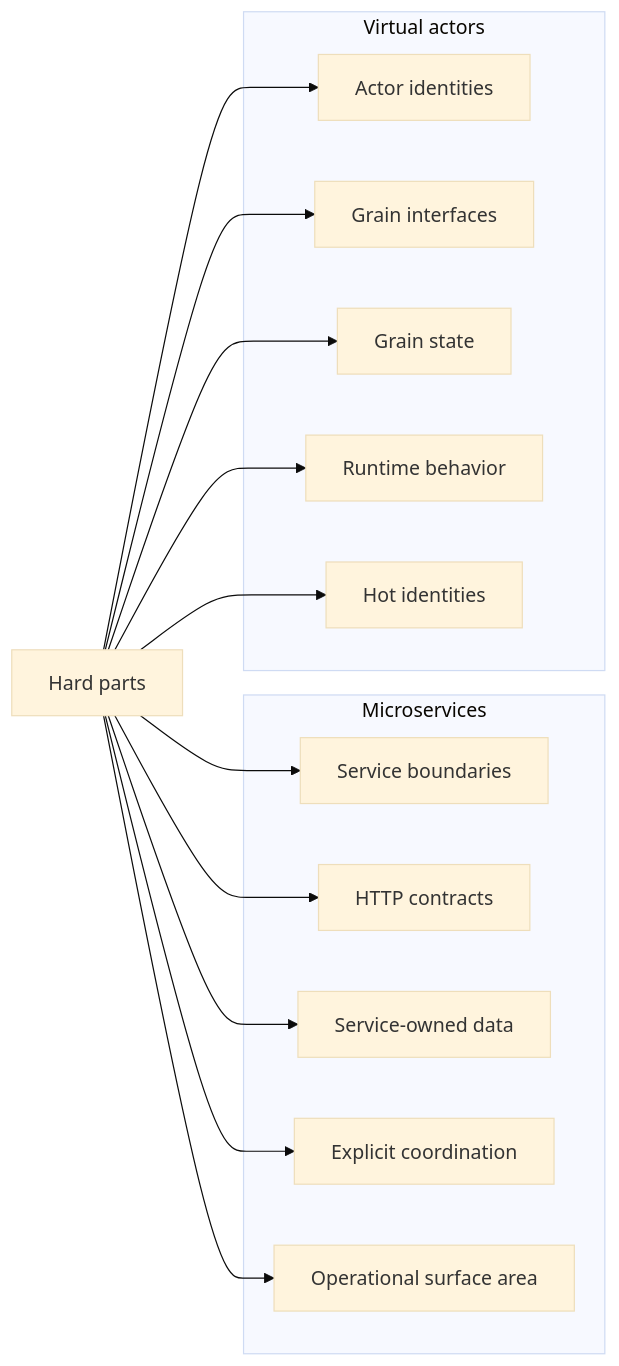
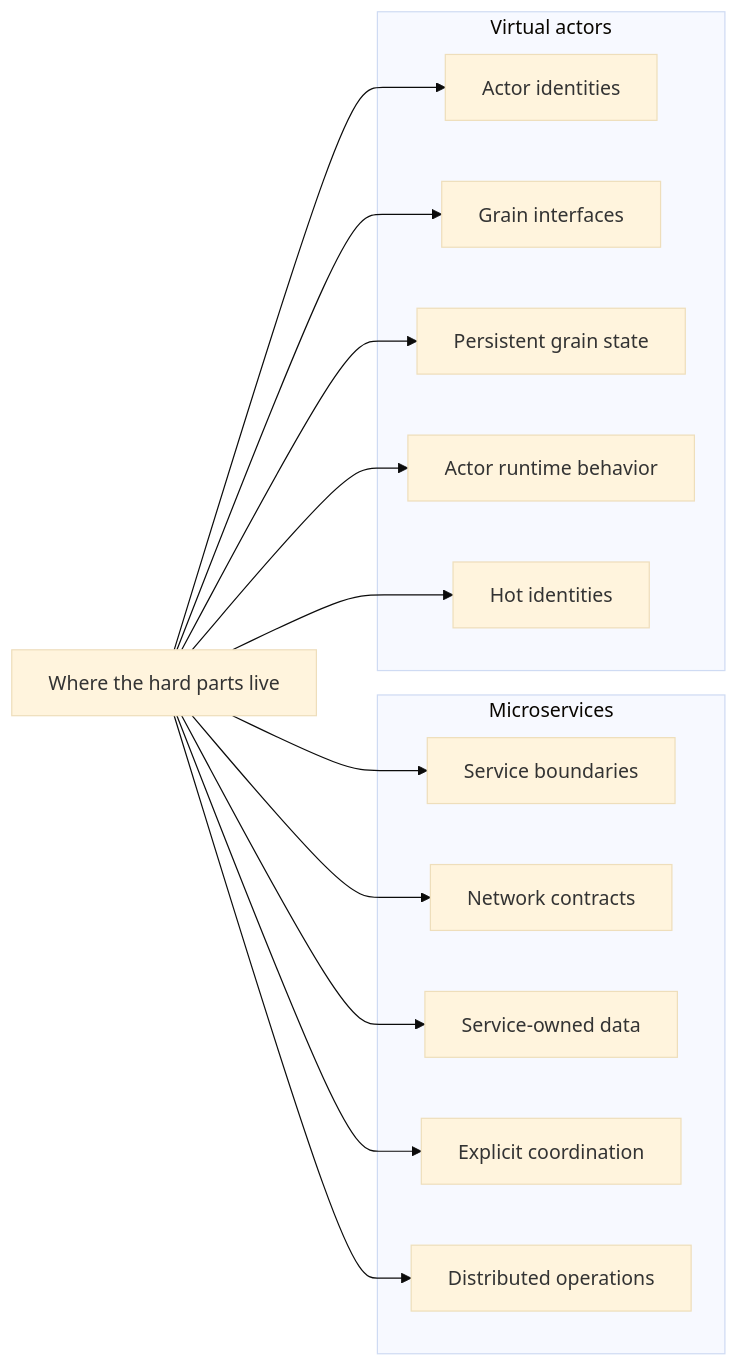
Before and after one commit to petesramek/microservices-vs-virtual-actors: the diagram in docs/07-tradeoffs.md, drawn with Mermaid (base theme). The commit also changed other lines of this file and 39 other files, not shown here.

````diff
--- a/docs/07-tradeoffs.md
+++ b/docs/07-tradeoffs.md
@@ -15,31 +15,32 @@
 ```mermaid
 flowchart LR
-    HardParts[Hard parts]
+    HardParts[Where the hard parts live]
 
-    subgraph Microservices
+    subgraph Microservices[Microservices]
         ServiceBoundaries[Service boundaries]
-        HttpContracts[HTTP contracts]
+        Contracts[Network contracts]
         ServiceData[Service-owned data]
-        ExplicitCoordination[Explicit coordination]
-        OpsSurface[Operational surface area]
+        Coordination[Explicit coordination]
+        Operations[Distributed operations]
     end
 
-    subgraph Virtual actors
-        ActorIdentities[Actor identities]
-        GrainInterfaces[Grain interfaces]
-        GrainState[Grain state]
-        RuntimeBehavior[Runtime behavior]
+    subgraph VirtualActors[Virtual actors]
+        Identities[Actor identities]
+        GrainContracts[Grain interfaces]
+        GrainState[Persistent grain state]
+        Runtime[Actor runtime behavior]
         HotIdentities[Hot identities]
     end
 
     HardParts --> ServiceBoundaries
-    HardParts --> HttpContracts
+    HardParts --> Contracts
     HardParts --> ServiceData
-    HardParts --> ExplicitCoordination
-    HardParts --> OpsSurface
-    HardParts --> ActorIdentities
-    HardParts --> GrainInterfaces
+    HardParts --> Coordination
+    HardParts --> Operations
+
+    HardParts --> Identities
+    HardParts --> GrainContracts
     HardParts --> GrainState
-    HardParts --> RuntimeBehavior
+    HardParts --> Runtime
     HardParts --> HotIdentities
 ```
````
